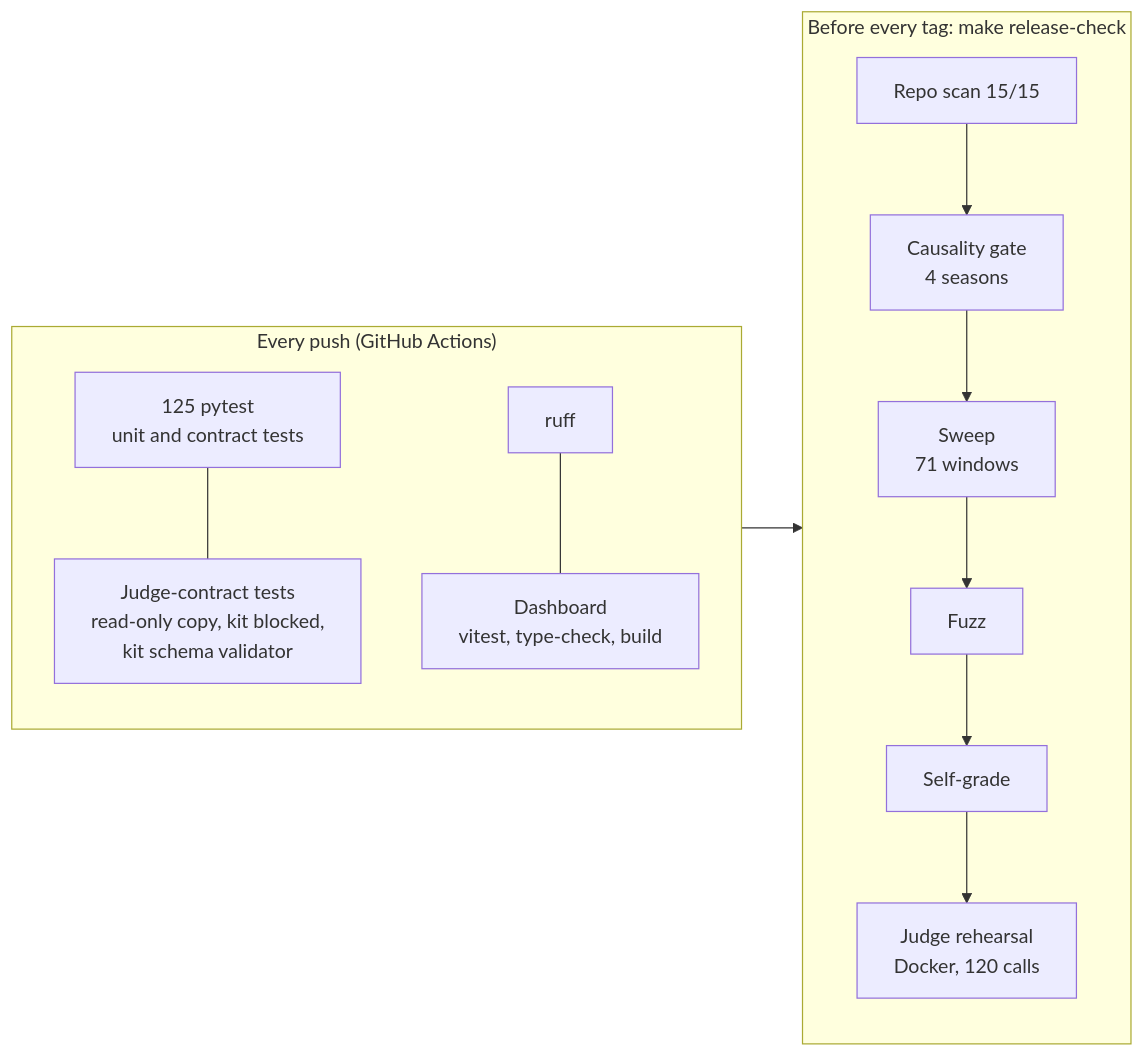
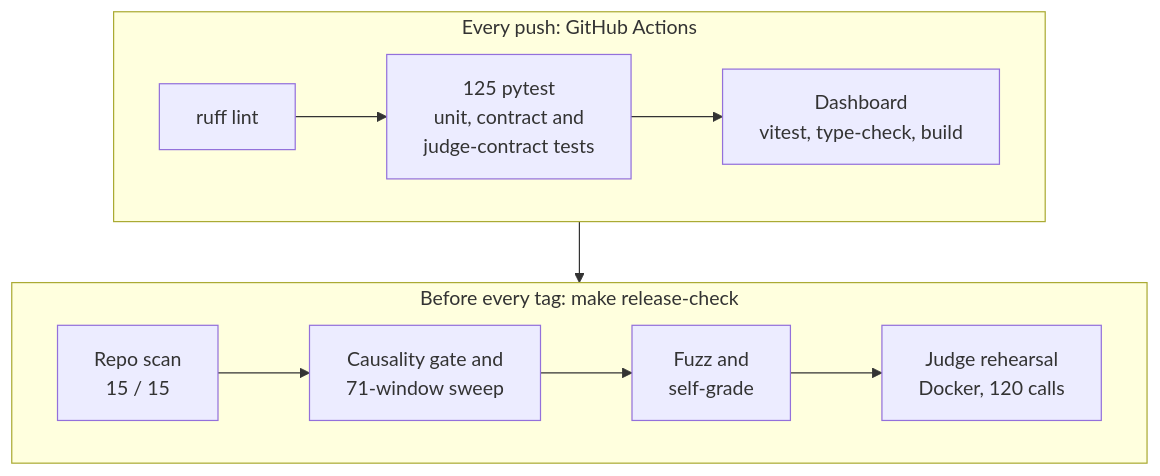
Before and after one commit to HARDIKSINGH150206/Wethrfork: the third of 3 diagrams in README.md, drawn with Mermaid.

Commit message:
docs(readme): two-row testing diagram so it stays readable on GitHub

````diff
--- a/README.md
+++ b/README.md
@@ -391,11 +391,12 @@
 ```mermaid
-flowchart LR
-    subgraph CI["Every push (GitHub Actions)"]
-        U["125 pytest<br/>unit and contract tests"] --- K["Judge-contract tests<br/>read-only copy, kit blocked,<br/>kit schema validator"]
-        R["ruff"] --- DB["Dashboard<br/>vitest, type-check, build"]
+flowchart TB
+    subgraph CI["Every push: GitHub Actions"]
+        direction LR
+        R["ruff lint"] --> U["125 pytest<br/>unit, contract and<br/>judge-contract tests"] --> DB["Dashboard<br/>vitest, type-check, build"]
     end
     subgraph REL["Before every tag: make release-check"]
-        SC["Repo scan 15/15"] --> G["Causality gate<br/>4 seasons"] --> SW["Sweep<br/>71 windows"] --> F["Fuzz"] --> SG["Self-grade"] --> RH["Judge rehearsal<br/>Docker, 120 calls"]
+        direction LR
+        SC["Repo scan<br/>15 / 15"] --> G["Causality gate and<br/>71-window sweep"] --> F["Fuzz and<br/>self-grade"] --> RH["Judge rehearsal<br/>Docker, 120 calls"]
     end
     CI --> REL
 ```
````
